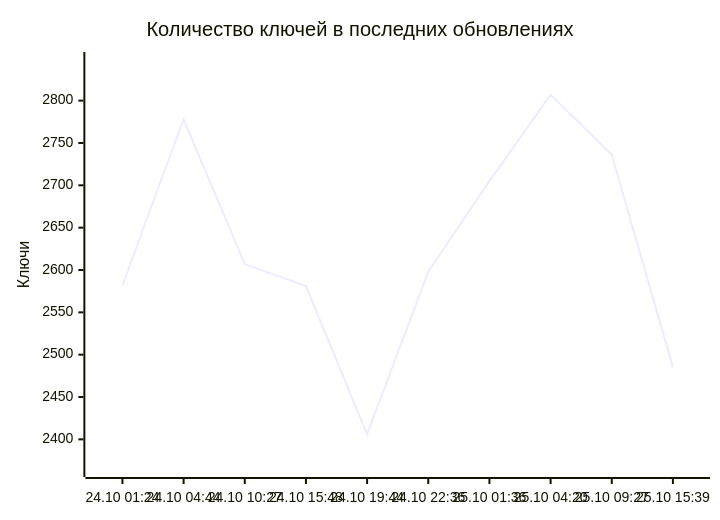
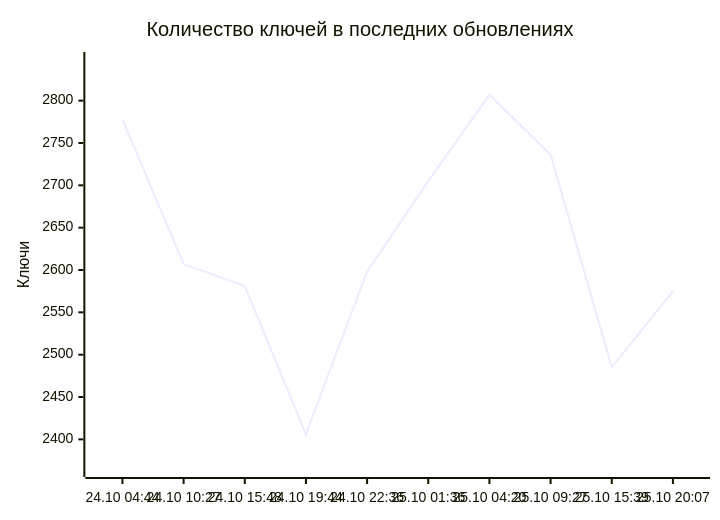
The diagram in README.md (markKikhtenko/WireVeil), drawn with Mermaid before and after one commit. The commit also changed other lines of this file and 12 other files, not shown here.

````diff
--- a/README.md
+++ b/README.md
@@ -55,7 +55,7 @@
 ```mermaid
 xychart-beta
     title "Количество ключей в последних обновлениях"
-    x-axis ["24.10 01:24", "24.10 04:44", "24.10 10:27", "24.10 15:48", "24.10 19:44", "24.10 22:36", "25.10 01:36", "25.10 04:20", "25.10 09:27", "25.10 15:39"]
+    x-axis ["24.10 04:44", "24.10 10:27", "24.10 15:48", "24.10 19:44", "24.10 22:36", "25.10 01:36", "25.10 04:20", "25.10 09:27", "25.10 15:39", "25.10 20:07"]
     y-axis "Ключи" 2365 --> 2848
-    line [2582, 2778, 2607, 2581, 2406, 2598, 2705, 2807, 2736, 2485]
+    line [2778, 2607, 2581, 2406, 2598, 2705, 2807, 2736, 2485, 2575]
 ```
````
